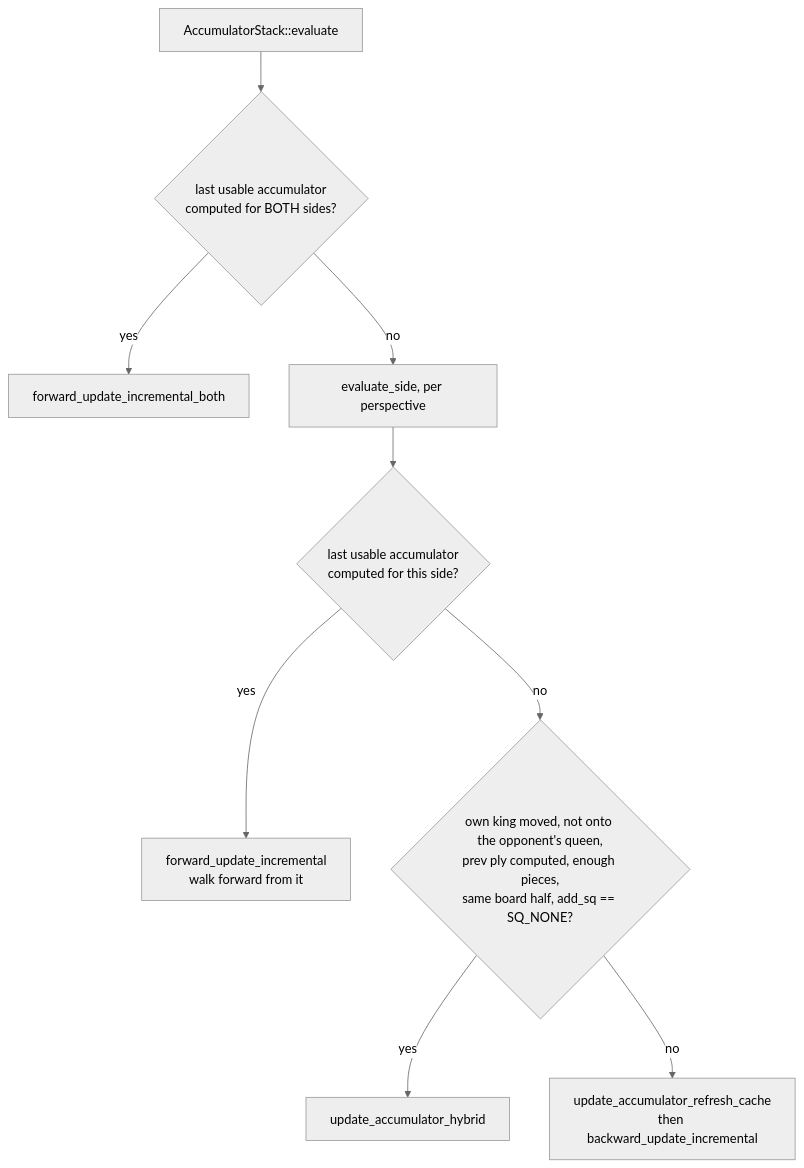
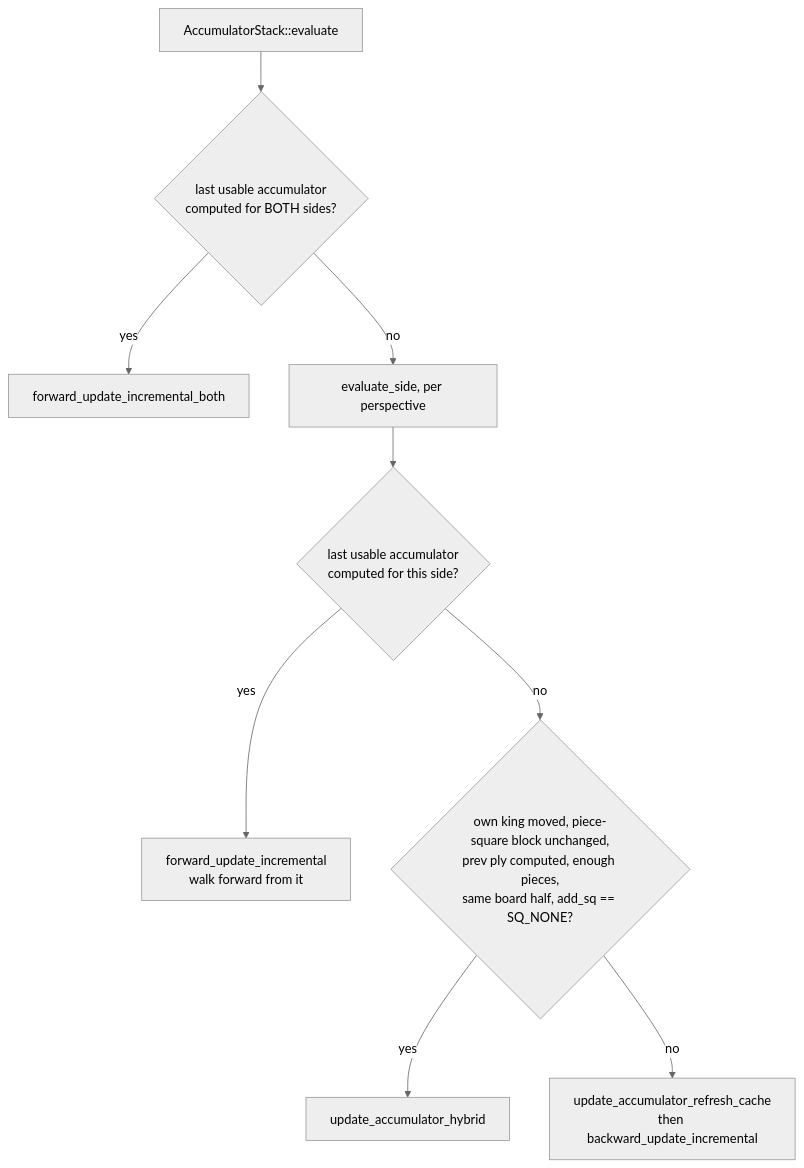
Before and after one commit to ppigazzini/Stockfish: the diagram in docs/03-engine-eval.md, drawn with Mermaid (neutral theme). The commit also changed other lines of this file and 9 other files, not shown here.

````diff
--- a/docs/03-engine-eval.md
+++ b/docs/03-engine-eval.md
@@ -110,11 +110,11 @@
 ```mermaid
 flowchart TD
     E["AccumulatorStack::evaluate"] --> B{"last usable accumulator<br/>computed for BOTH sides?"}
     B -->|yes| FB["forward_update_incremental_both"]
     B -->|no| S["evaluate_side, per perspective"]
     S --> C{"last usable accumulator<br/>computed for this side?"}
     C -->|yes| F["forward_update_incremental<br/>walk forward from it"]
-    C -->|no| H{"own king moved, not onto the opponent's queen,<br/>prev ply computed, enough pieces,<br/>same board half, add_sq == SQ_NONE?"}
+    C -->|no| H{"own king moved, piece-square block unchanged,<br/>prev ply computed, enough pieces,<br/>same board half, add_sq == SQ_NONE?"}
     H -->|yes| HY["update_accumulator_hybrid"]
     H -->|no| R["update_accumulator_refresh_cache<br/>then backward_update_incremental"]
 ```
````
